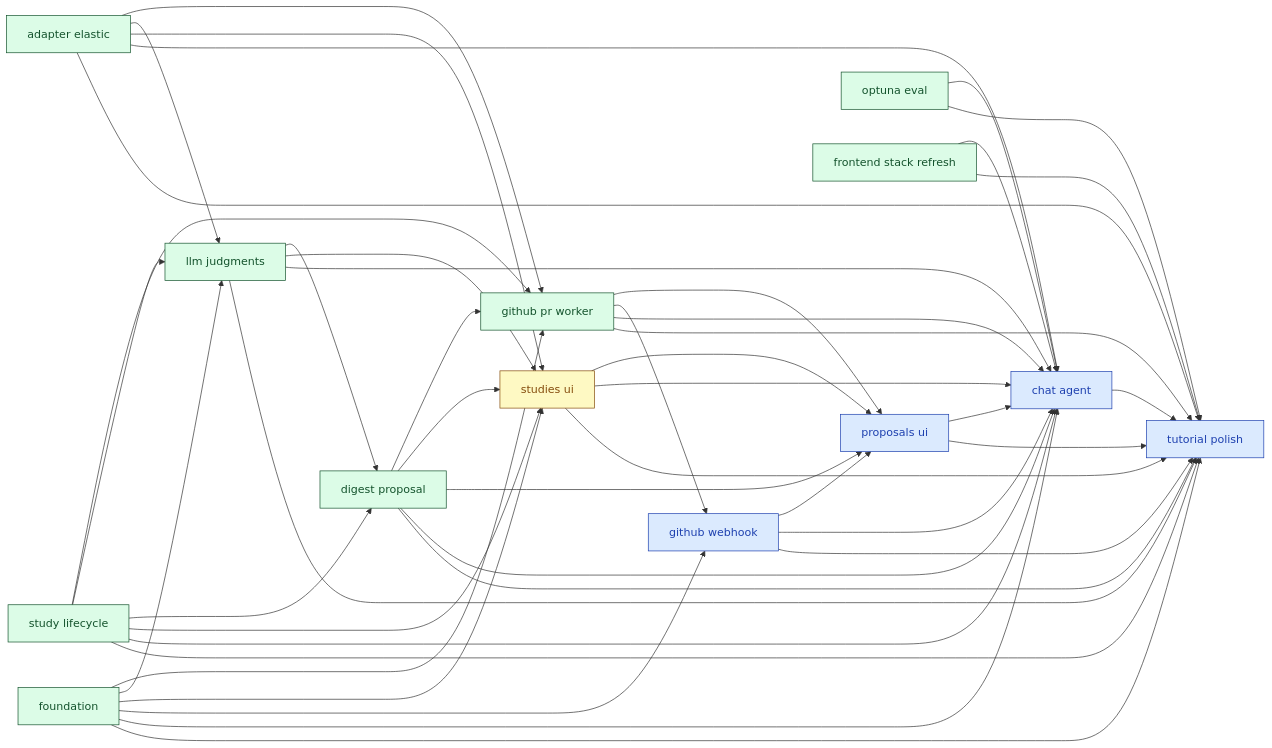
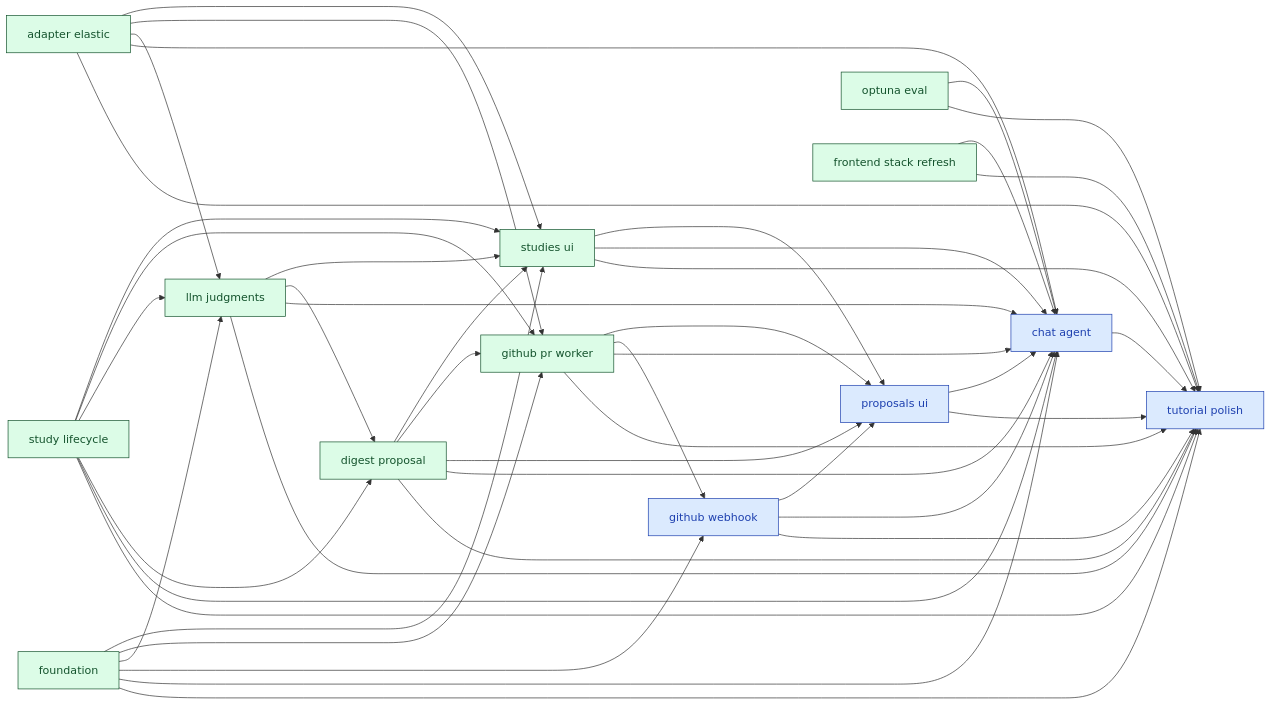
Before and after one commit to SoundMindsAI/relyloop: the diagram in docs/00_overview/MVP1_DASHBOARD.md, drawn with Mermaid. The commit also changed other lines of this file and 5 other files, not shown here.

````diff
--- a/docs/00_overview/MVP1_DASHBOARD.md
+++ b/docs/00_overview/MVP1_DASHBOARD.md
@@ -88,77 +87,77 @@
 ```mermaid
 graph LR
   classDef done fill:#dcfce7,stroke:#14532d,color:#14532d;
   classDef implement fill:#ffedd5,stroke:#9a3412,color:#9a3412;
   classDef plan fill:#fef9c3,stroke:#854d0e,color:#854d0e;
   classDef spec fill:#dbeafe,stroke:#1e40af,color:#1e40af;
   classDef idea fill:#f1f5f9,stroke:#334155,color:#334155;
   chore_tutorial_polish["tutorial polish"]
   class chore_tutorial_polish spec;
   feat_chat_agent["chat agent"]
   class feat_chat_agent spec;
   feat_github_webhook["github webhook"]
   class feat_github_webhook spec;
   feat_proposals_ui["proposals ui"]
   class feat_proposals_ui spec;
-  feat_studies_ui["studies ui"]
-  class feat_studies_ui plan;
   infra_foundation["foundation"]
   class infra_foundation done;
   feat_study_lifecycle["study lifecycle"]
   class feat_study_lifecycle done;
   infra_adapter_elastic["adapter elastic"]
   class infra_adapter_elastic done;
   infra_optuna_eval["optuna eval"]
   class infra_optuna_eval done;
   feat_digest_proposal["digest proposal"]
   class feat_digest_proposal done;
   feat_llm_judgments["llm judgments"]
   class feat_llm_judgments done;
   feat_github_pr_worker["github pr worker"]
   class feat_github_pr_worker done;
+  feat_studies_ui["studies ui"]
+  class feat_studies_ui done;
   infra_frontend_stack_refresh["frontend stack refresh"]
   class infra_frontend_stack_refresh done;
   feat_chat_agent --> chore_tutorial_polish
   feat_digest_proposal --> chore_tutorial_polish
   feat_github_pr_worker --> chore_tutorial_polish
   feat_github_webhook --> chore_tutorial_polish
   feat_llm_judgments --> chore_tutorial_polish
   feat_proposals_ui --> chore_tutorial_polish
   feat_studies_ui --> chore_tutorial_polish
   feat_study_lifecycle --> chore_tutorial_polish
   infra_adapter_elastic --> chore_tutorial_polish
   infra_foundation --> chore_tutorial_polish
   infra_frontend_stack_refresh --> chore_tutorial_polish
   infra_optuna_eval --> chore_tutorial_polish
   feat_digest_proposal --> feat_chat_agent
   feat_github_pr_worker --> feat_chat_agent
   feat_github_webhook --> feat_chat_agent
   feat_llm_judgments --> feat_chat_agent
   feat_proposals_ui --> feat_chat_agent
   feat_studies_ui --> feat_chat_agent
   feat_study_lifecycle --> feat_chat_agent
   infra_adapter_elastic --> feat_chat_agent
   infra_foundation --> feat_chat_agent
   infra_frontend_stack_refresh --> feat_chat_agent
   infra_optuna_eval --> feat_chat_agent
   infra_foundation --> feat_github_webhook
   feat_github_pr_worker --> feat_github_webhook
   feat_studies_ui --> feat_proposals_ui
   feat_digest_proposal --> feat_proposals_ui
   feat_github_pr_worker --> feat_proposals_ui
   feat_github_webhook --> feat_proposals_ui
-  infra_foundation --> feat_studies_ui
-  feat_study_lifecycle --> feat_studies_ui
-  feat_digest_proposal --> feat_studies_ui
-  feat_llm_judgments --> feat_studies_ui
-  infra_adapter_elastic --> feat_studies_ui
   feat_study_lifecycle --> feat_digest_proposal
   feat_llm_judgments --> feat_digest_proposal
   infra_foundation --> feat_llm_judgments
   infra_adapter_elastic --> feat_llm_judgments
   feat_study_lifecycle --> feat_llm_judgments
   infra_foundation --> feat_github_pr_worker
   infra_adapter_elastic --> feat_github_pr_worker
   feat_study_lifecycle --> feat_github_pr_worker
   feat_digest_proposal --> feat_github_pr_worker
+  infra_foundation --> feat_studies_ui
+  feat_study_lifecycle --> feat_studies_ui
+  feat_digest_proposal --> feat_studies_ui
+  feat_llm_judgments --> feat_studies_ui
+  infra_adapter_elastic --> feat_studies_ui
 ```
````
